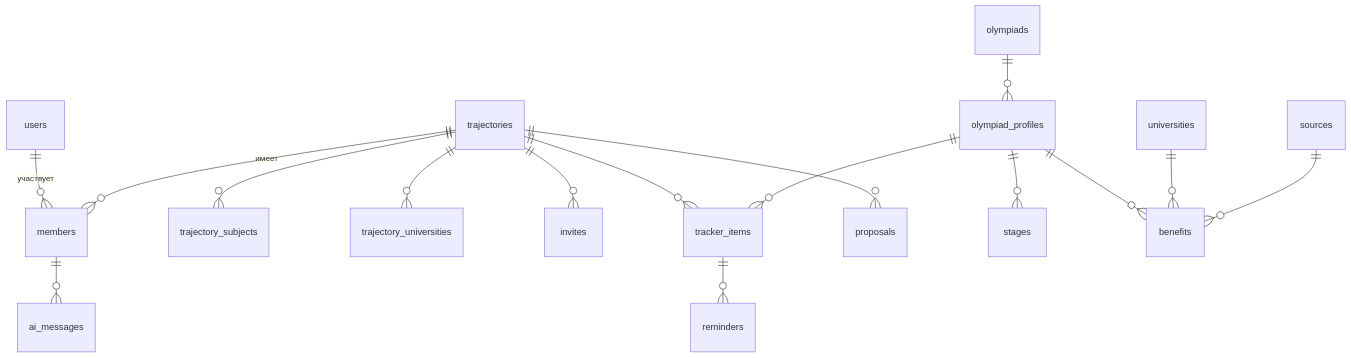
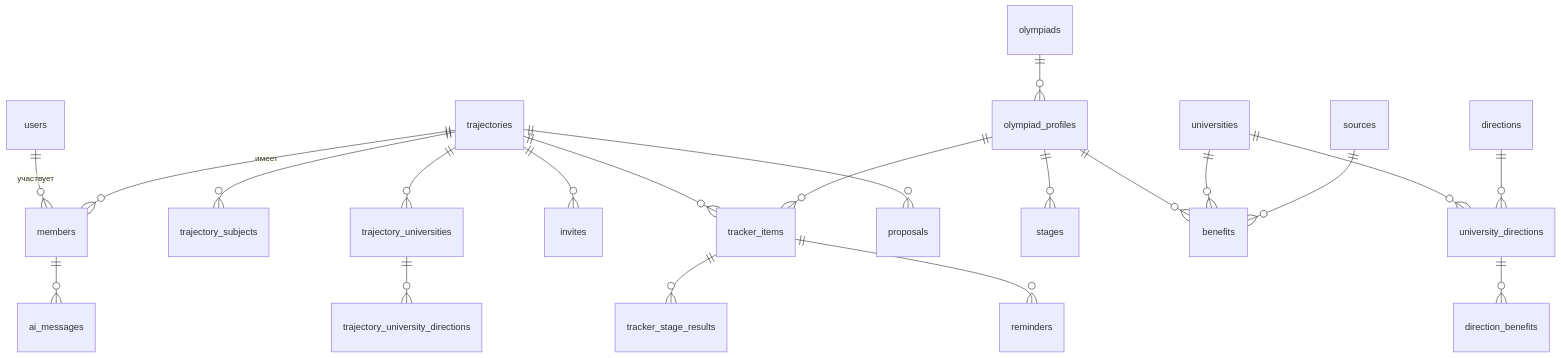
The third of 3 diagrams in docs/TZ.md (ArthurBabkin/max-hackathon), drawn with Mermaid before and after one commit. The commit also changed other lines of this file and 3 other files, not shown here.

````diff
--- a/docs/TZ.md
+++ b/docs/TZ.md
@@ -527,18 +571,23 @@
 ```mermaid
 erDiagram
   users ||--o{ members : "участвует"
   trajectories ||--o{ members : "имеет"
   trajectories ||--o{ trajectory_subjects : ""
   trajectories ||--o{ trajectory_universities : ""
   trajectories ||--o{ invites : ""
   trajectories ||--o{ tracker_items : ""
   trajectories ||--o{ proposals : ""
   olympiads ||--o{ olympiad_profiles : ""
   olympiad_profiles ||--o{ stages : ""
   olympiad_profiles ||--o{ benefits : ""
   universities ||--o{ benefits : ""
   sources ||--o{ benefits : ""
   olympiad_profiles ||--o{ tracker_items : ""
   tracker_items ||--o{ reminders : ""
+  tracker_items ||--o{ tracker_stage_results : ""
+  universities ||--o{ university_directions : ""
+  directions ||--o{ university_directions : ""
+  university_directions ||--o{ direction_benefits : ""
+  trajectory_universities ||--o{ trajectory_university_directions : ""
   members ||--o{ ai_messages : ""
 ```
````
